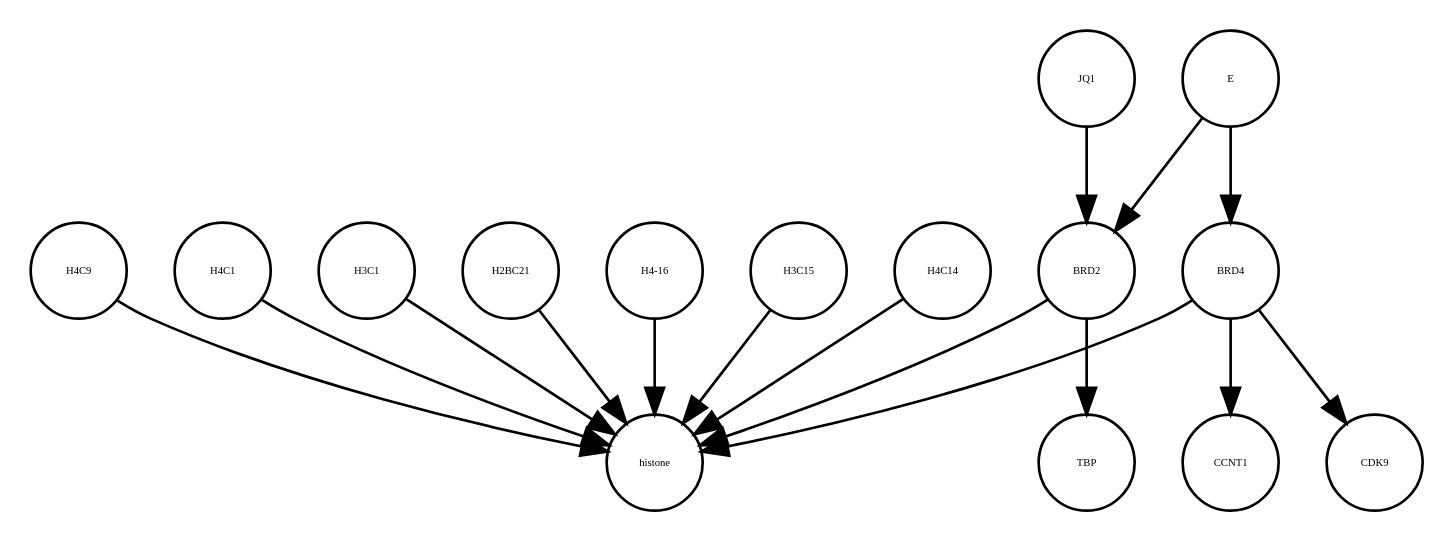
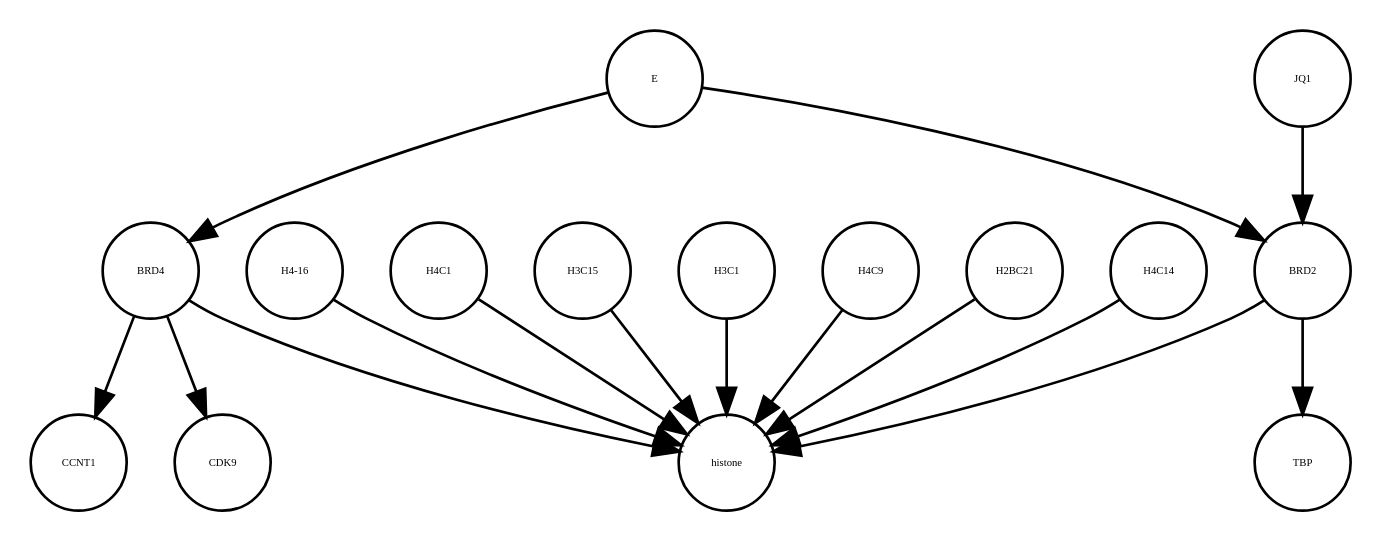
The diagram in E_SARS_CoV_2_22_05_2020.xml_projected.dot (cannin/covid19-sbgn), drawn with Graphviz before and after one commit. The commit also changed other lines of this file and 637 other files, not shown here.

```diff
--- a/E_SARS_CoV_2_22_05_2020.xml_projected.dot
+++ b/E_SARS_CoV_2_22_05_2020.xml_projected.dot
@@ -1,32 +1,32 @@
 strict digraph  {
+CCNT1 [annotation="", bipartite=0, cls=macromolecule, fontsize=4, label=CCNT1, shape=circle];
+"H4-16" [annotation="", bipartite=0, cls=macromolecule, fontsize=4, label="H4-16", shape=circle];
+BRD4 [annotation="", bipartite=0, cls=macromolecule, fontsize=4, label=BRD4, shape=circle];
+H4C1 [annotation="", bipartite=0, cls=macromolecule, fontsize=4, label=H4C1, shape=circle];
+BRD2 [annotation="", bipartite=0, cls=macromolecule, fontsize=4, label=BRD2, shape=circle];
+CDK9 [annotation="", bipartite=0, cls=macromolecule, fontsize=4, label=CDK9, shape=circle];
+H3C15 [annotation="", bipartite=0, cls=macromolecule, fontsize=4, label=H3C15, shape=circle];
+E [annotation=urn_miriam_ncbiprotein_BCD58755, bipartite=0, cls=macromolecule, fontsize=4, label=E, shape=circle];
+JQ1 [annotation="", bipartite=0, cls=macromolecule, fontsize=4, label=JQ1, shape=circle];
+H3C1 [annotation="", bipartite=0, cls=macromolecule, fontsize=4, label=H3C1, shape=circle];
+H4C9 [annotation="", bipartite=0, cls=macromolecule, fontsize=4, label=H4C9, shape=circle];
+H2BC21 [annotation="", bipartite=0, cls=macromolecule, fontsize=4, label=H2BC21, shape=circle];
+TBP [annotation="", bipartite=0, cls=macromolecule, fontsize=4, label=TBP, shape=circle];
 histone [annotation="", bipartite=0, cls=complex, fontsize=4, label=histone, shape=circle];
-CCNT1 [annotation="", bipartite=0, cls=macromolecule, fontsize=4, label=CCNT1, shape=circle];
-H4C1 [annotation="", bipartite=0, cls=macromolecule, fontsize=4, label=H4C1, shape=circle];
-H3C1 [annotation="", bipartite=0, cls=macromolecule, fontsize=4, label=H3C1, shape=circle];
-H2BC21 [annotation="", bipartite=0, cls=macromolecule, fontsize=4, label=H2BC21, shape=circle];
-"H4-16" [annotation="", bipartite=0, cls=macromolecule, fontsize=4, label="H4-16", shape=circle];
-BRD2 [annotation="", bipartite=0, cls=macromolecule, fontsize=4, label=BRD2, shape=circle];
-H3C15 [annotation="", bipartite=0, cls=macromolecule, fontsize=4, label=H3C15, shape=circle];
-BRD4 [annotation="", bipartite=0, cls=macromolecule, fontsize=4, label=BRD4, shape=circle];
-TBP [annotation="", bipartite=0, cls=macromolecule, fontsize=4, label=TBP, shape=circle];
-JQ1 [annotation="", bipartite=0, cls=macromolecule, fontsize=4, label=JQ1, shape=circle];
-E [annotation=urn_miriam_ncbiprotein_BCD58755, bipartite=0, cls=macromolecule, fontsize=4, label=E, shape=circle];
-CDK9 [annotation="", bipartite=0, cls=macromolecule, fontsize=4, label=CDK9, shape=circle];
 H4C14 [annotation="", bipartite=0, cls=macromolecule, fontsize=4, label=H4C14, shape=circle];
-H4C9 [annotation="", bipartite=0, cls=macromolecule, fontsize=4, label=H4C9, shape=circle];
+"H4-16" -> histone  [annotation="", interaction_type=production];
+BRD4 -> histone  [annotation="urn_miriam_doi_10.1038%2Fnsmb.3228.|urn_miriam_doi_10.1016%2Fj.molcel.2008.01.018", interaction_type=catalysis];
+BRD4 -> CCNT1  [annotation="", interaction_type=catalysis];
+BRD4 -> CDK9  [annotation=urn_miriam_taxonomy_10090, interaction_type=catalysis];
 H4C1 -> histone  [annotation="", interaction_type=production];
-H3C1 -> histone  [annotation="", interaction_type=production];
-H2BC21 -> histone  [annotation="", interaction_type=production];
-"H4-16" -> histone  [annotation="", interaction_type=production];
 BRD2 -> TBP  [annotation="urn_miriam_doi_10.1007%2Fs11010-006-9223-6", interaction_type=catalysis];
 BRD2 -> histone  [annotation="urn_miriam_doi_10.1038%2Fnsmb.3228.|urn_miriam_doi_10.1016%2Fj.molcel.2008.01.018", interaction_type=catalysis];
 H3C15 -> histone  [annotation="", interaction_type=production];
-BRD4 -> CCNT1  [annotation="", interaction_type=catalysis];
-BRD4 -> CDK9  [annotation=urn_miriam_taxonomy_10090, interaction_type=catalysis];
-BRD4 -> histone  [annotation="urn_miriam_doi_10.1038%2Fnsmb.3228.|urn_miriam_doi_10.1016%2Fj.molcel.2008.01.018", interaction_type=catalysis];
-JQ1 -> BRD2  [annotation="urn_miriam_doi_10.1038%2Fs41586-020-2286-9|urn_miriam_doi_10.1080%2F15592294.2018.1469891", interaction_type=inhibition];
 E -> BRD4  [annotation="urn_miriam_doi_10.1038%2Fs41586-020-2286-9", interaction_type=inhibition];
 E -> BRD2  [annotation="urn_miriam_doi_10.1038%2Fs41586-020-2286-9|urn_miriam_doi_10.1080%2F15592294.2018.1469891", interaction_type=inhibition];
+JQ1 -> BRD2  [annotation="urn_miriam_doi_10.1038%2Fs41586-020-2286-9|urn_miriam_doi_10.1080%2F15592294.2018.1469891", interaction_type=inhibition];
+H3C1 -> histone  [annotation="", interaction_type=production];
+H4C9 -> histone  [annotation="", interaction_type=production];
+H2BC21 -> histone  [annotation="", interaction_type=production];
 H4C14 -> histone  [annotation="", interaction_type=production];
-H4C9 -> histone  [annotation="", interaction_type=production];
 }
```
